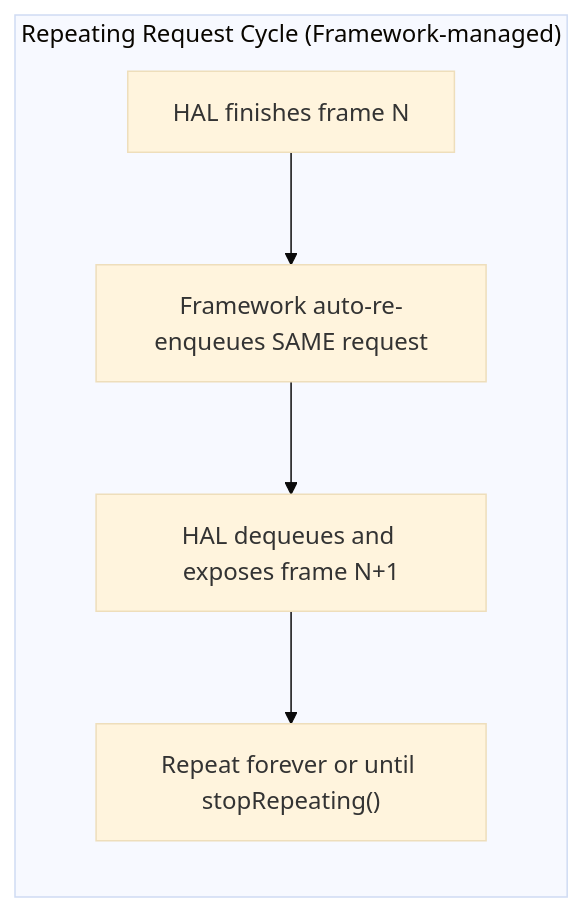
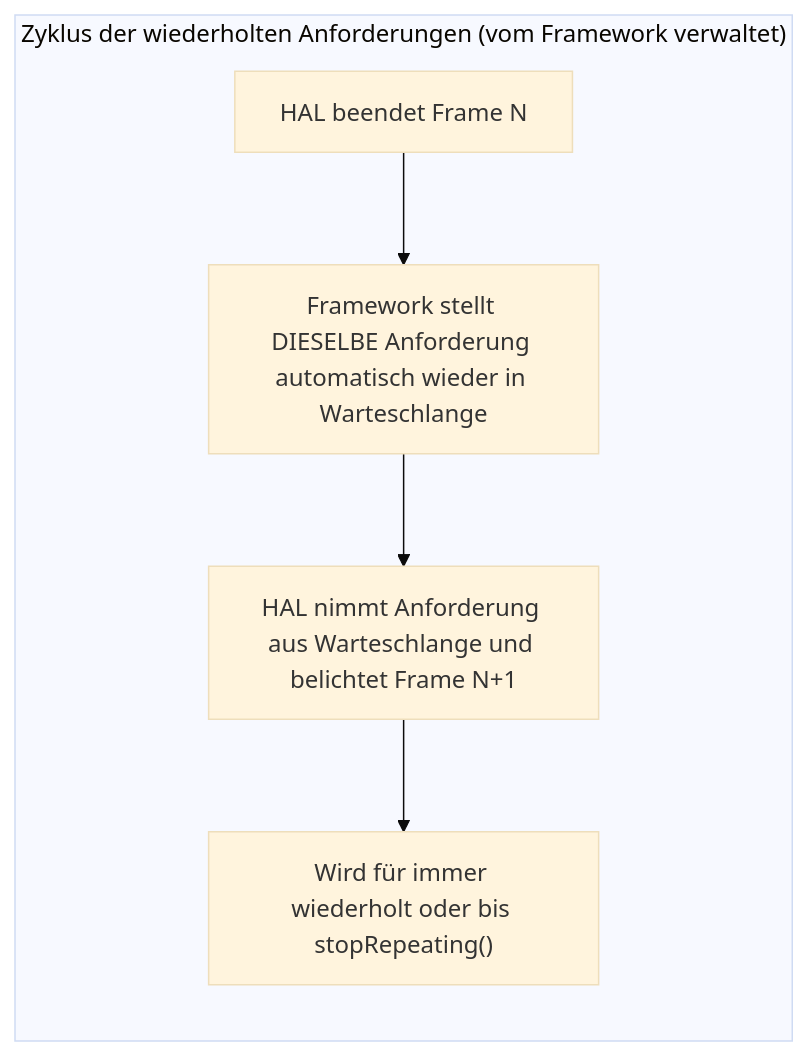
Before and after one commit to zoozooll/AndroidCameraParameters: the fourth of 6 diagrams in website/i18n/de/docusaurus-plugin-content-docs/current/camera2/capture-types.md, drawn with Mermaid (base theme). The commit also changed other lines of this file and 378 other files, not shown here.

````diff
--- a/website/i18n/de/docusaurus-plugin-content-docs/current/camera2/capture-types.md
+++ b/website/i18n/de/docusaurus-plugin-content-docs/current/camera2/capture-types.md
@@ -289,11 +289,11 @@
 ```mermaid
 flowchart LR
-    subgraph RepeatingLoop ["Repeating Request Cycle (Framework-managed)"]
+    subgraph RepeatingLoop ["Zyklus der wiederholten Anforderungen (vom Framework verwaltet)"]
         direction TB
-        S1["HAL finishes frame N"] --> S2["Framework auto-re-enqueues SAME request"]
-        S2 --> S3["HAL dequeues and exposes frame N+1"]
-        S3 --> S4["Repeat forever or until stopRepeating()"]
+        S1["HAL beendet Frame N"] --> S2["Framework stellt DIESELBE Anforderung automatisch wieder in Warteschlange"]
+        S2 --> S3["HAL nimmt Anforderung aus Warteschlange und belichtet Frame N+1"]
+        S3 --> S4["Wird für immer wiederholt oder bis stopRepeating()"]
     end
 
     RepeatingLoop
 ```
````
